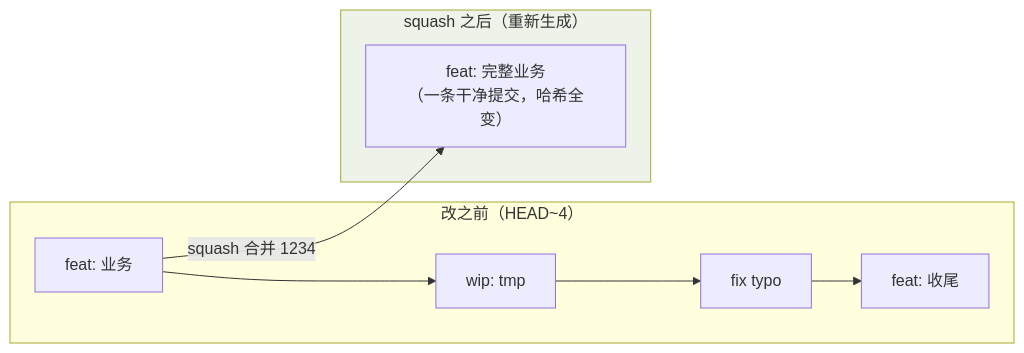
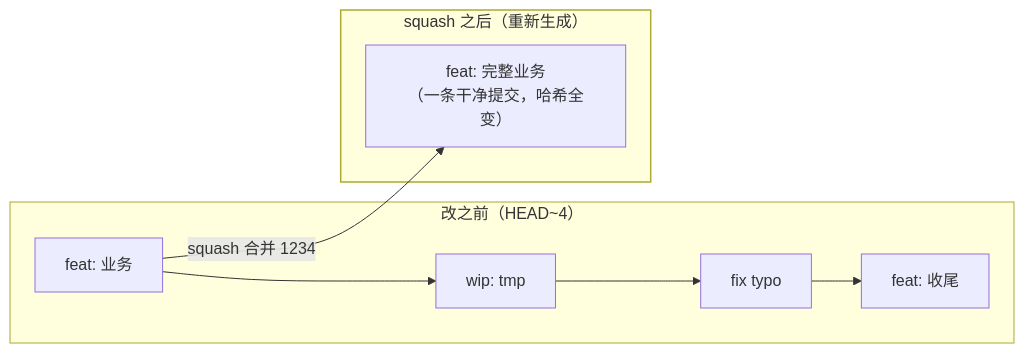
One commit to Loadhao/ascension changed the first of 2 diagrams in src/content/docs/git/advanced/workflow/01-history-rewrite.md. Above: the diagram before and after it, drawn with Mermaid. The commit also changed other lines of this file and 87 other files, not shown here.

First line of the commit message:
fix: 全站图表配色改由主题接管，修复暗色主题下浅底浅字看不清

````diff
--- a/src/content/docs/git/advanced/workflow/01-history-rewrite.md
+++ b/src/content/docs/git/advanced/workflow/01-history-rewrite.md
@@ -43,11 +43,12 @@
 ```mermaid
 flowchart LR
     subgraph 前["改之前（HEAD~4）"]
         A1["feat: 业务"] --> A2["wip: tmp"] --> A3["fix typo"] --> A4["feat: 收尾"]
     end
     subgraph 后["squash 之后（重新生成）"]
         B1["feat: 完整业务<br/>（一条干净提交，哈希全变）"]
     end
     A1 -->|squash 合并 1234| B1
-    style 后 fill:#eef3ea
+    class 后 good
+    classDef good stroke-width:1.5px
 ```
````
